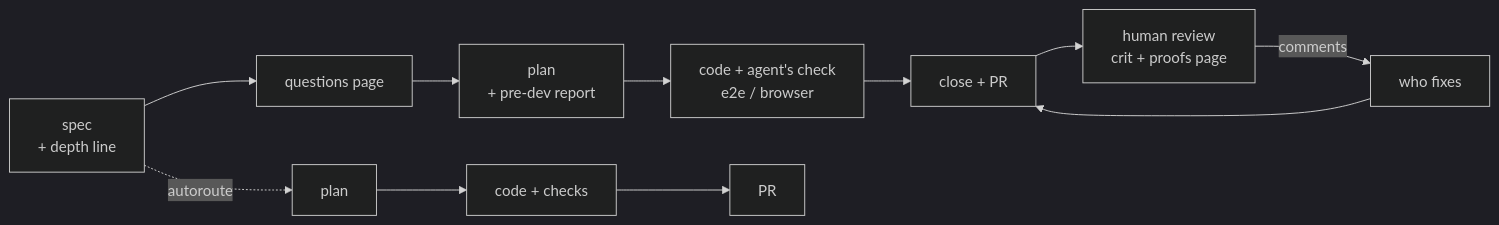
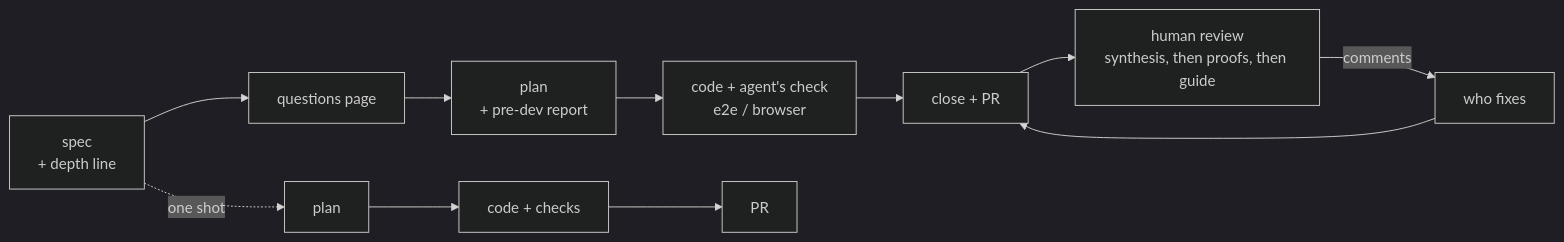
Before and after one commit to lonestone/chisel: the diagram in project-management/tasks/20261119-1644-relecture-humaine.spec.md, drawn with Mermaid (dark theme). The commit also changed other lines of this file and 4 other files, not shown here.

First line of the commit message:
docs(tasks): split the human review spec into rules (A) and tool (B)

````diff
--- a/project-management/tasks/20261119-1644-relecture-humaine.spec.md
+++ b/project-management/tasks/20261119-1644-relecture-humaine.spec.md
@@ -214,11 +297,11 @@
 ```mermaid
 flowchart LR
   S[spec<br/>+ depth line] --> Q[questions page]
   Q --> P[plan<br/>+ pre-dev report]
   P --> C[code + agent's check<br/>e2e / browser]
   C --> R[close + PR]
-  R --> H[human review<br/>crit + proofs page]
+  R --> H[human review<br/>synthesis, then proofs, then guide]
   H -->|comments| F[who fixes]
   F --> R
-  S -. autoroute .-> P2[plan] --> C2[code + checks] --> R2[PR]
+  S -. one shot .-> P2[plan] --> C2[code + checks] --> R2[PR]
 ```
````
